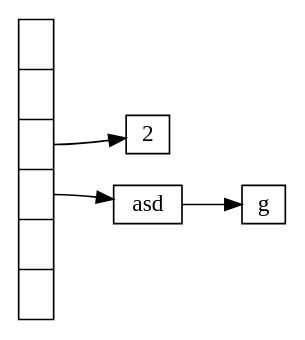
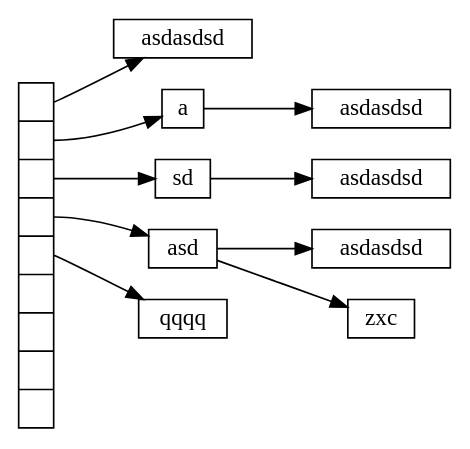
Before and after one commit to LouisGonzalez/Estructura-P2.Hash: the diagram in grafica.dot, drawn with Graphviz. The commit also changed 55 other files, not shown here.

```diff
--- a/grafica.dot
+++ b/grafica.dot
@@ -1,17 +1,33 @@
 digraph G { 
 rankdir=LR;
 node [shape=record,width=.1,height=.1];
-node0 [label = "<f0> |<f1> |<f2> |<f3> |<f4> |" , height=2.5];
-Nodo0200[label = "<f0>2" ];
-Nodo0300[label = "<f0>asd" ];
-Nodo0310[label = "<f0>g"];
+node0 [label = "<f0> |<f1> |<f2> |<f3> |<f4> |<f5> |<f6> |<f7> |" , height=2.5];
+Nodo0000[label = "<f0>asdasdsd" ];
+Nodo0310[label = "<f0>asd" ];
+Nodo0300[label = "<f0>asdasdsd" ];
+Nodo0321[label = "<f0>zxc"];
+
+Nodo0201[label = "<f0>sd" ];
+Nodo0210[label = "<f0>asdasdsd"];
+
+Nodo0102[label = "<f0>a" ];
+Nodo0110[label = "<f0>asdasdsd"];
+Nodo0402[label = "<f0>qqqq" ];
 
 
 
-Nodo0300 -> Nodo0310;
+Nodo0102 -> Nodo0110;
+
+Nodo0201 -> Nodo0210;
+
+Nodo0310 -> Nodo0300;
+Nodo0310 -> Nodo0321;
 
 
 
-node0: f2 -> Nodo0200;
-node0: f3 -> Nodo0300;
+node0: f0 -> Nodo0000;
+node0: f1 -> Nodo0102;
+node0: f2 -> Nodo0201;
+node0: f3 -> Nodo0310;
+node0: f4 -> Nodo0402;
 }
```
